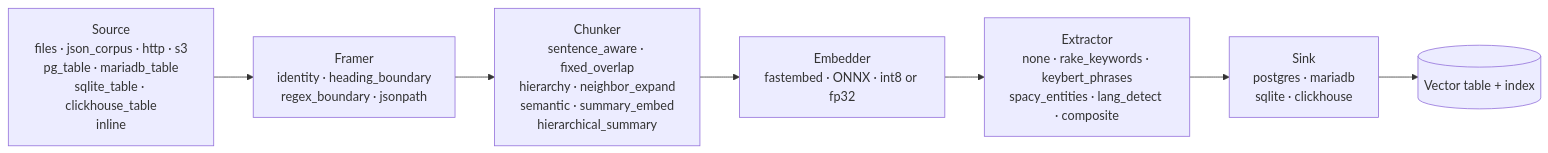
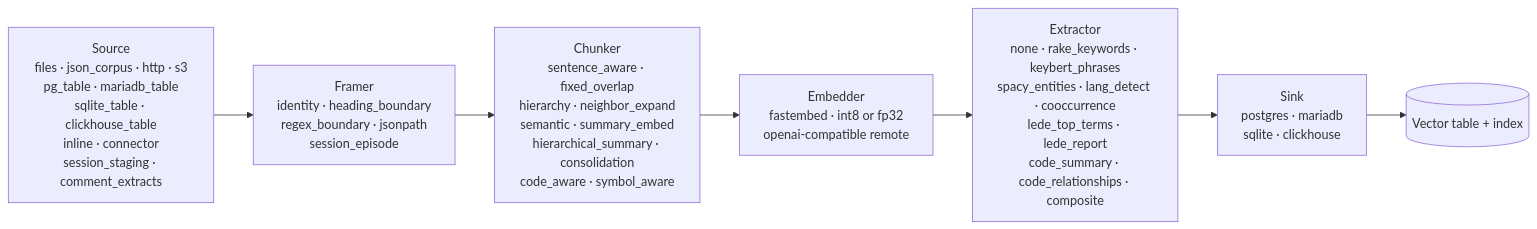
The diagram in README.md (yonk-labs/chunkshop), drawn with Mermaid before and after one commit. The commit also changed other lines of this file and 5 other files, not shown here.

````diff
--- a/README.md
+++ b/README.md
@@ -105,9 +99,9 @@
 ```mermaid
 flowchart LR
-    S[Source<br/>files · json_corpus · http · s3<br/>pg_table · mariadb_table<br/>sqlite_table · clickhouse_table<br/>inline] --> F[Framer<br/>identity · heading_boundary<br/>regex_boundary · jsonpath]
-    F --> C[Chunker<br/>sentence_aware · fixed_overlap<br/>hierarchy · neighbor_expand<br/>semantic · summary_embed<br/>hierarchical_summary]
-    C --> E[Embedder<br/>fastembed · ONNX · int8 or fp32]
-    E --> X[Extractor<br/>none · rake_keywords · keybert_phrases<br/>spacy_entities · lang_detect · composite]
+    S[Source<br/>files · json_corpus · http · s3<br/>pg_table · mariadb_table<br/>sqlite_table · clickhouse_table<br/>inline · connector<br/>session_staging · comment_extracts] --> F[Framer<br/>identity · heading_boundary<br/>regex_boundary · jsonpath<br/>session_episode]
+    F --> C[Chunker<br/>sentence_aware · fixed_overlap<br/>hierarchy · neighbor_expand<br/>semantic · summary_embed<br/>hierarchical_summary · consolidation<br/>code_aware · symbol_aware]
+    C --> E[Embedder<br/>fastembed · int8 or fp32<br/>openai-compatible remote]
+    E --> X[Extractor<br/>none · rake_keywords · keybert_phrases<br/>spacy_entities · lang_detect · cooccurrence<br/>lede_top_terms · lede_report<br/>code_summary · code_relationships · composite]
     X --> SK[Sink<br/>postgres · mariadb<br/>sqlite · clickhouse]
     SK --> DB[(Vector table + index)]
 ```
````
